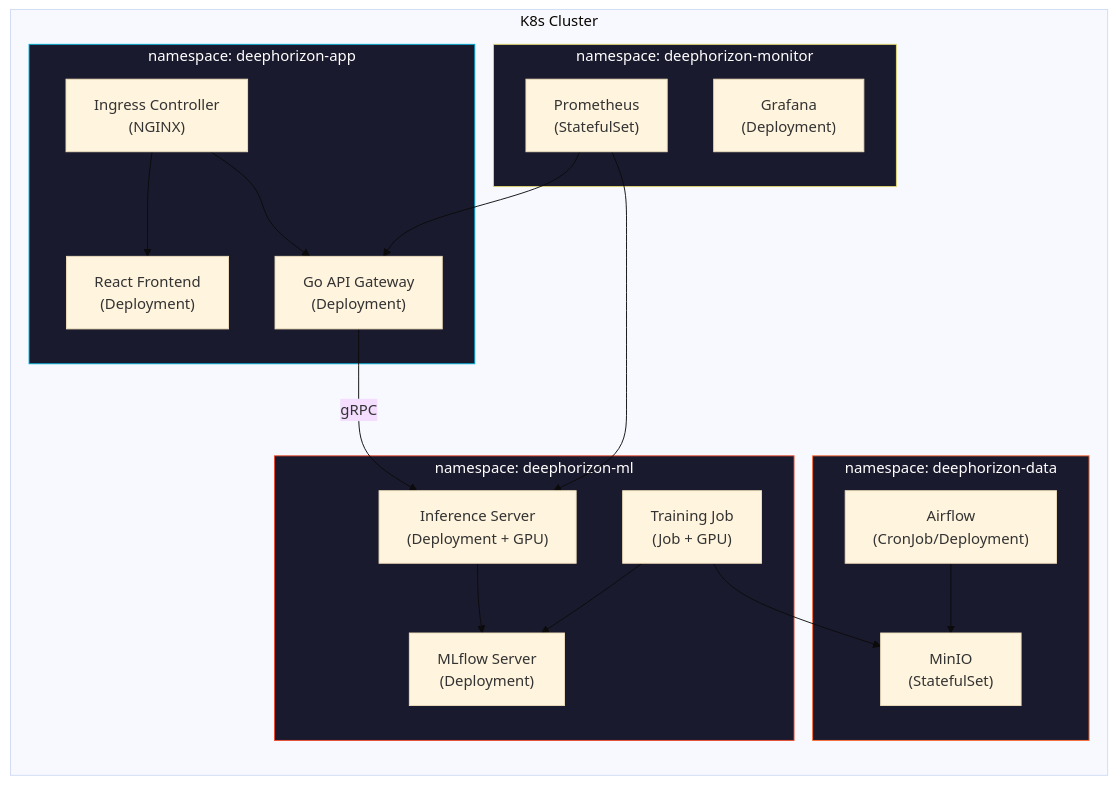
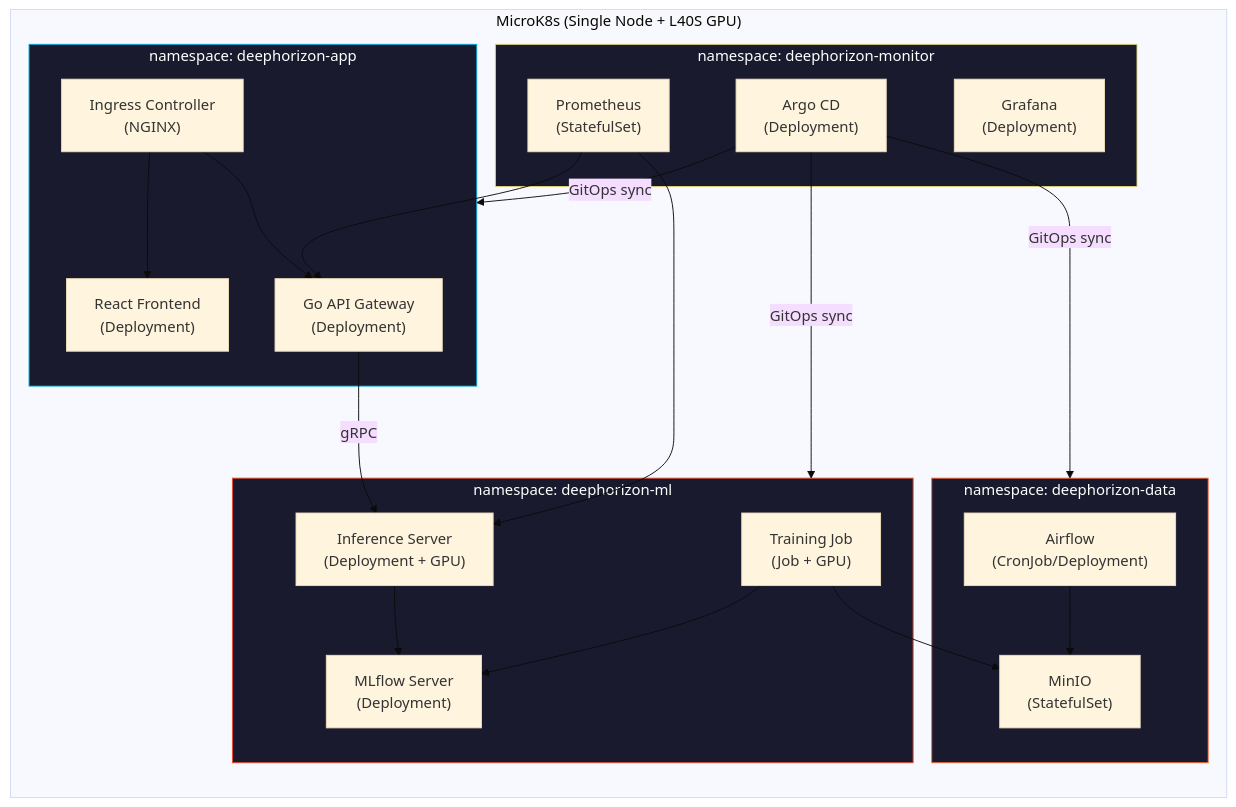
Before and after one commit to Octapull/deephorizon: the third of 3 diagrams in README.md, drawn with Mermaid (base theme). The commit also changed other lines of this file and 2 other files, not shown here.

Commit message:
docs: update to latest tool versions, add Argo CD and MicroK8s

````diff
--- a/README.md
+++ b/README.md
@@ -745,43 +787,47 @@
 ```mermaid
 graph TB
-    subgraph K8s Cluster
+    subgraph MicroK8s Node ["MicroK8s (Single Node + L40S GPU)"]
         direction TB
 
         subgraph ns-data ["namespace: deephorizon-data"]
             airflow["Airflow\n(CronJob/Deployment)"]
             minio["MinIO\n(StatefulSet)"]
         end
 
         subgraph ns-ml ["namespace: deephorizon-ml"]
             train["Training Job\n(Job + GPU)"]
             mlflow["MLflow Server\n(Deployment)"]
             inference["Inference Server\n(Deployment + GPU)"]
         end
 
         subgraph ns-app ["namespace: deephorizon-app"]
             api["Go API Gateway\n(Deployment)"]
             frontend["React Frontend\n(Deployment)"]
             ingress["Ingress Controller\n(NGINX)"]
         end
 
         subgraph ns-monitor ["namespace: deephorizon-monitor"]
             prom["Prometheus\n(StatefulSet)"]
             grafana["Grafana\n(Deployment)"]
+            argocd["Argo CD\n(Deployment)"]
         end
     end
 
     ingress --> frontend
     ingress --> api
     api -->|gRPC| inference
     inference --> mlflow
     train --> mlflow
     train --> minio
     airflow --> minio
     prom --> api
     prom --> inference
+    argocd -->|GitOps sync| ns-data
+    argocd -->|GitOps sync| ns-ml
+    argocd -->|GitOps sync| ns-app
 
     style ns-data fill:#1a1a2e,stroke:#FF6B35,color:#fff
     style ns-ml fill:#1a1a2e,stroke:#EE4C2C,color:#fff
     style ns-app fill:#1a1a2e,stroke:#00ADD8,color:#fff
     style ns-monitor fill:#1a1a2e,stroke:#E6DB74,color:#fff
 ```
````
